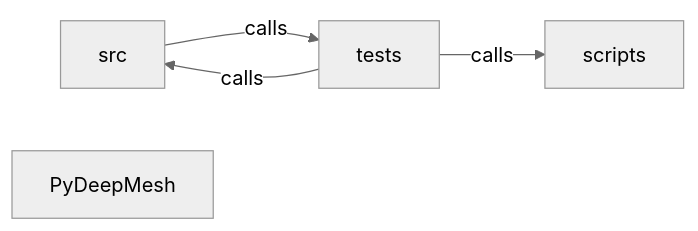
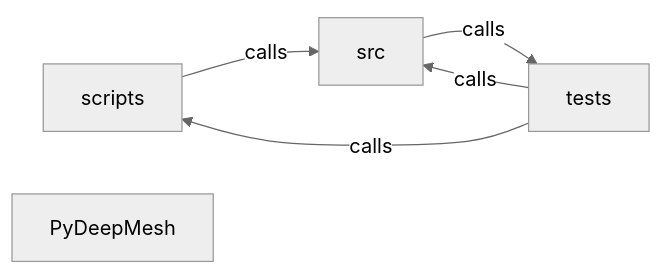
One commit to Mullassery/PyDeepMesh changed the diagram in docs/codeatlas/overview.md. Above: the diagram before and after it, drawn with Mermaid (neutral theme). The commit also changed other lines of this file and 3 other files, not shown here.

Commit message:
docs(codeatlas): refresh architecture map

````diff
--- a/docs/codeatlas/overview.md
+++ b/docs/codeatlas/overview.md
@@ -1,12 +1,13 @@
 ```mermaid
 graph LR
     scripts["scripts"]
     src["src"]
     tests["tests"]
     PyDeepMesh["PyDeepMesh"]
+    scripts -- "calls" --> src
     src -- "calls" --> tests
     tests -- "calls" --> scripts
     tests -- "calls" --> src
     click src href "./src.md" "Details"
     click tests href "./tests.md" "Details"
 ```
````
